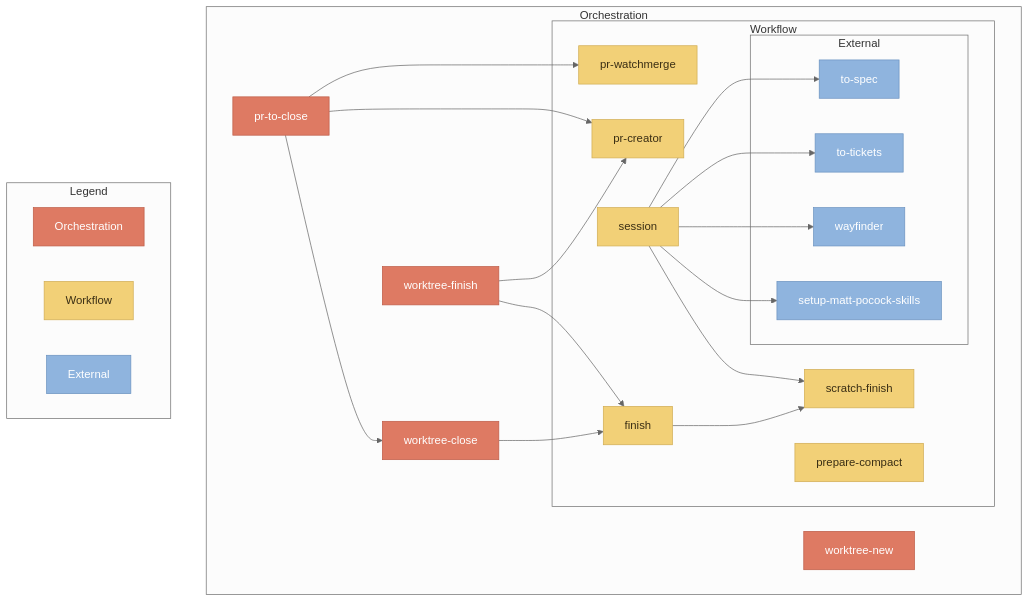
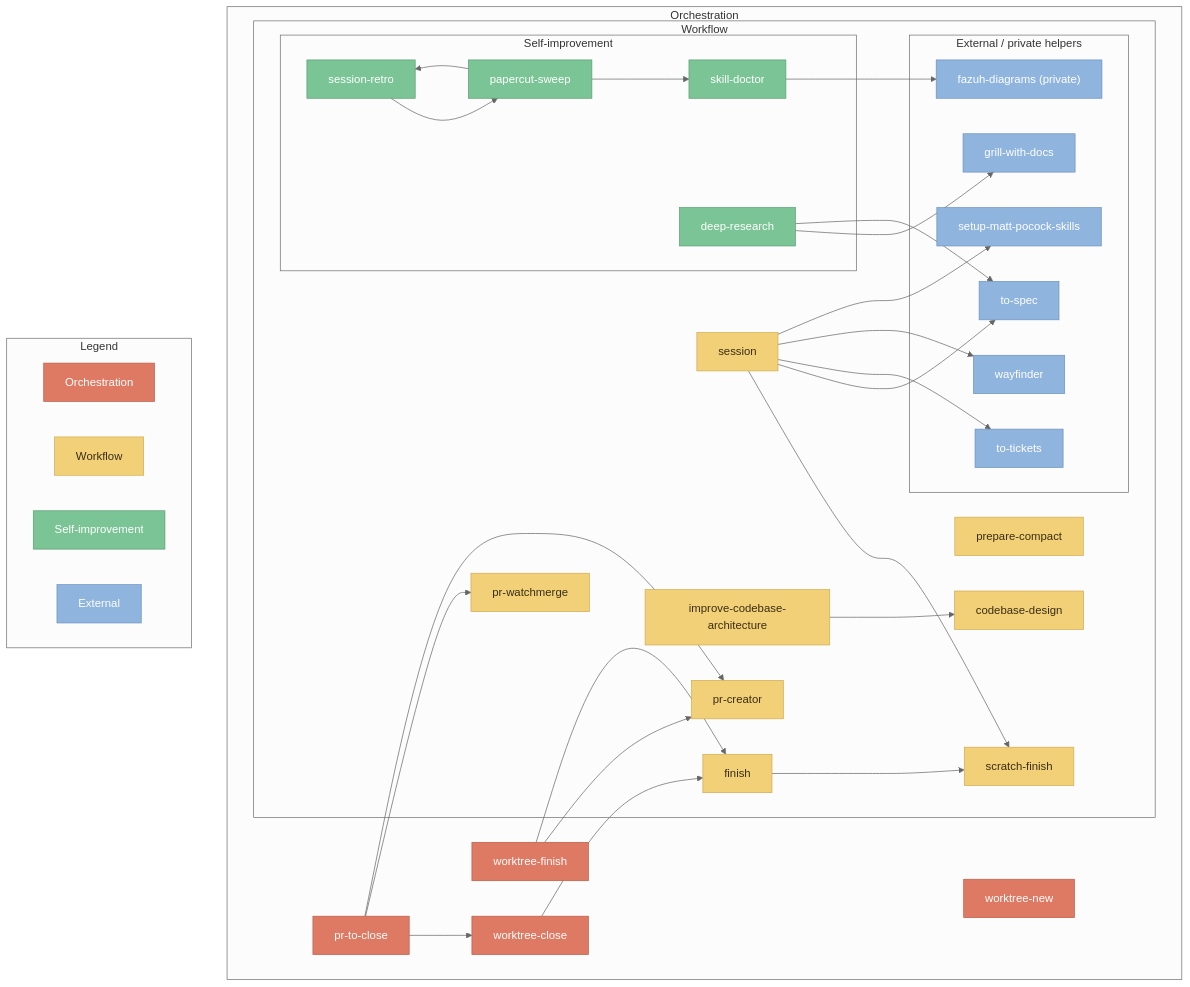
One commit to FAZuH/agent changed the diagram in docs/diagrams/skill-relations-orchestration.mmd. Above: the diagram before and after it, drawn with Mermaid. The commit also changed 3 other files, not shown here.

Commit message:
docs: update skill diagrams

```diff
--- a/docs/diagrams/skill-relations-orchestration.mmd
+++ b/docs/diagrams/skill-relations-orchestration.mmd
@@ -1,55 +1,76 @@
 ---
 config:
   theme: 'neutral'
 ---
 flowchart TD
     subgraph orchestration["Orchestration"]
         pr_to_close["pr-to-close"]
         worktree_new["worktree-new"]
         worktree_finish["worktree-finish"]
         worktree_close["worktree-close"]
         subgraph workflow["Workflow"]
             pr_creator["pr-creator"]
             pr_watchmerge["pr-watchmerge"]
             finish["finish"]
             session["session"]
             scratch_finish["scratch-finish"]
             prepare_compact["prepare-compact"]
-            subgraph external["External"]
+            codebase_design["codebase-design"]
+            improve_codebase_architecture["improve-codebase-architecture"]
+            subgraph self_improvement["Self-improvement"]
+                session_retro["session-retro"]
+                papercut_sweep["papercut-sweep"]
+                skill_doctor["skill-doctor"]
+                deep_research["deep-research"]
+            end
+            subgraph external["External / private helpers"]
                 to_spec["to-spec"]
                 to_tickets["to-tickets"]
                 wayfinder["wayfinder"]
                 setup_matt_pocock_skills["setup-matt-pocock-skills"]
+                grill_with_docs["grill-with-docs"]
+                fazuh_diagrams["fazuh-diagrams (private)"]
             end
         end
     end
 
     pr_to_close --> pr_watchmerge
     pr_to_close --> pr_creator
     pr_to_close --> worktree_close
 
     worktree_finish --> pr_creator
     worktree_finish --> finish
 
     worktree_close --> finish
     session --> scratch_finish
     finish --> scratch_finish
     session --> to_spec
     session --> to_tickets
     session --> wayfinder
     session --> setup_matt_pocock_skills
 
+    session_retro --> papercut_sweep
+    papercut_sweep --> session_retro
+    papercut_sweep --> skill_doctor
+    skill_doctor --> fazuh_diagrams
+    deep_research --> grill_with_docs
+    deep_research --> to_spec
+    improve_codebase_architecture --> codebase_design
+
     subgraph legend["Legend"]
         direction LR
         L_orch["Orchestration"]
         L_work["Workflow"]
+        L_self["Self-improvement"]
         L_ext["External"]
     end
 
     classDef orchestration fill:#DE7A63,stroke:#BE5D48,color:#FFFFFF
     classDef workflow fill:#F2D077,stroke:#D1AD54,color:#3A2E14
     classDef external fill:#8FB4DE,stroke:#6C93C0,color:#FFFFFF
+    classDef selfimp fill:#7BC496,stroke:#5A9E73,color:#FFFFFF
 
     class L_orch,pr_to_close,worktree_new,worktree_finish,worktree_close orchestration
-    class L_work,pr_creator,pr_watchmerge,finish,session,scratch_finish,prepare_compact workflow
-    class L_ext,to_spec,to_tickets,wayfinder,setup_matt_pocock_skills external
+    class L_work,pr_creator,pr_watchmerge,finish,session,scratch_finish,prepare_compact,codebase_design,improve_codebase_architecture workflow
+    class L_self,session_retro,papercut_sweep,skill_doctor,deep_research selfimp
+    class L_ext,to_spec,to_tickets,wayfinder,setup_matt_pocock_skills,grill_with_docs,fazuh_diagrams external
```
